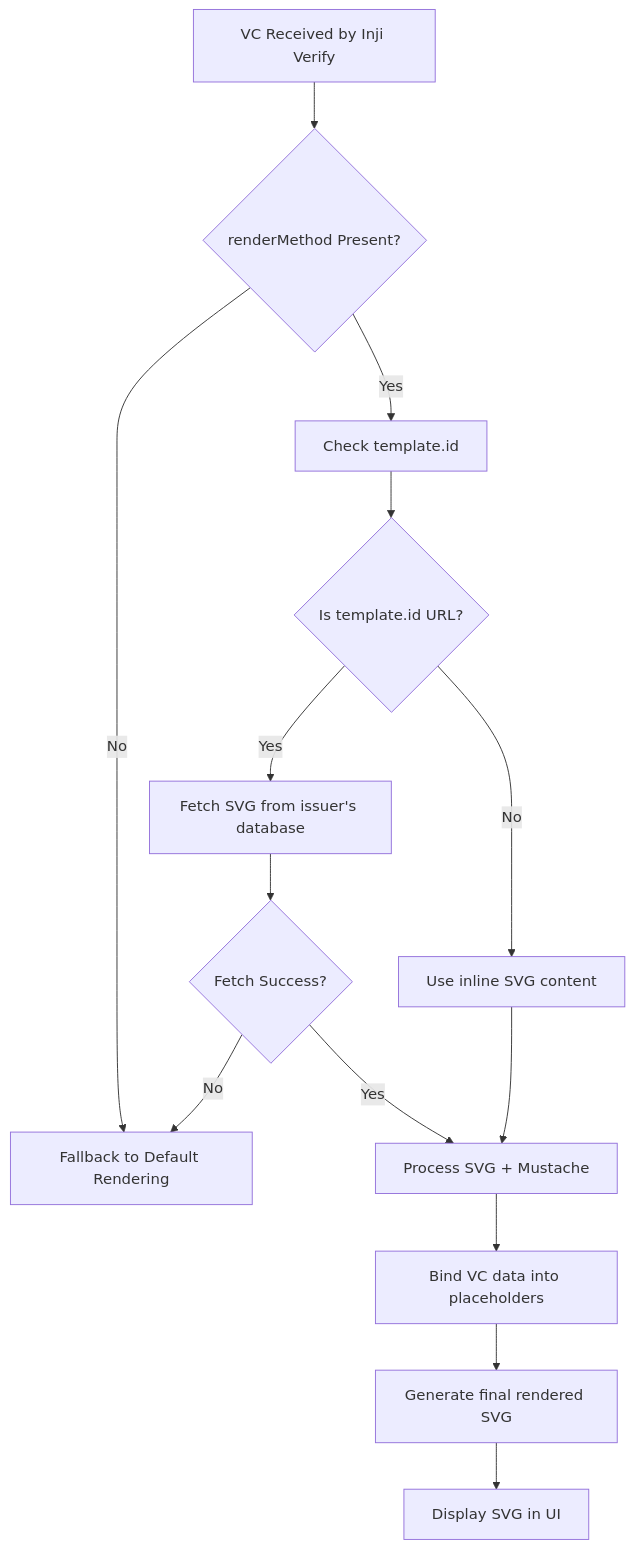
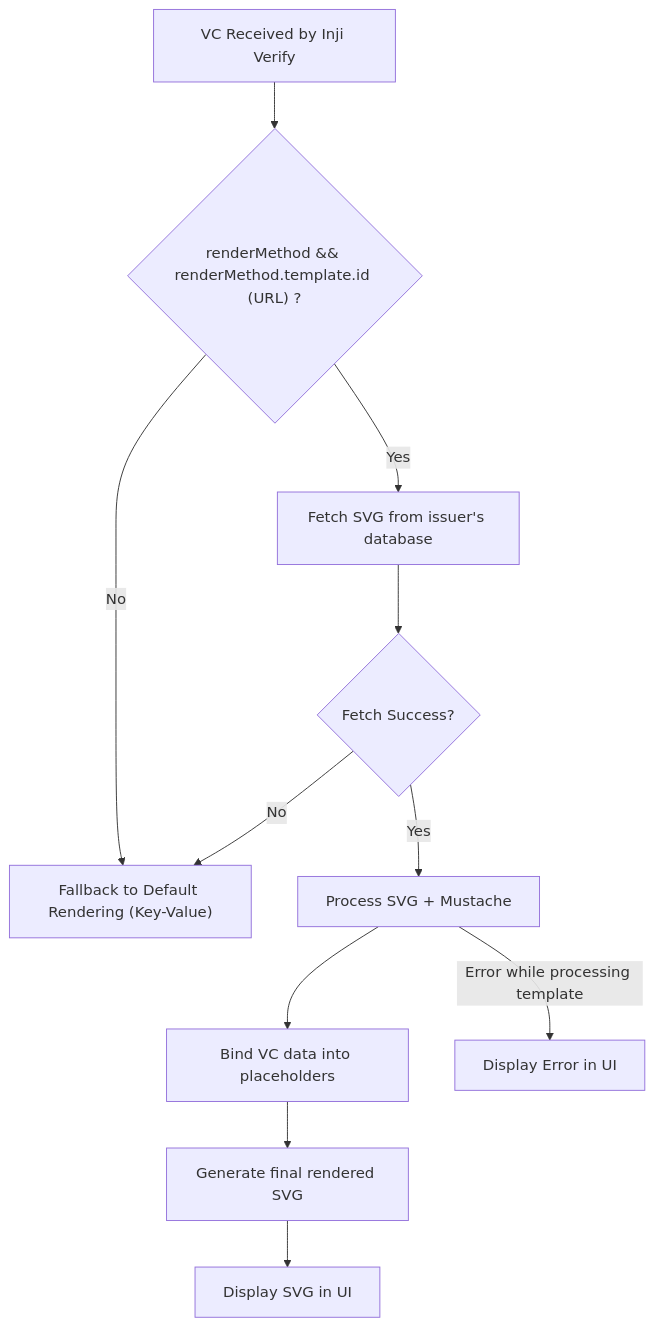
One commit to inji/inji-verify changed the diagram in docs/SVGTemplateRender.md. Above: the diagram before and after it, drawn with Mermaid.

Commit message:
[INJIVER-1489] - update diagram

````diff
--- a/docs/SVGTemplateRender.md
+++ b/docs/SVGTemplateRender.md
@@ -129,16 +129,13 @@
 ```mermaid
 flowchart TD
-    A[VC Received by Inji Verify] --> B{renderMethod Present?}
-    B -- No --> Z[Render using Default Key-Value UI]
-    B -- Yes --> C[Check template.id]
-    C --> D{Is template.id URL?}
-    D -- Yes --> E[Fetch SVG from issuer's database]
-    D -- No --> F[Use inline SVG content]
-    E --> G{Fetch Success?}
-    G -- No --> Z[Fallback to Default Rendering]
-    G -- Yes --> H[Process SVG + Mustache]
-    F --> H[Process SVG + Mustache]
-    H --> I[Bind VC data into placeholders]
-    I --> J[Generate final rendered SVG]
-    J --> K[Display SVG in UI]
+    A[VC Received by Inji Verify] --> B{"renderMethod && renderMethod.template.id (URL) ?"}
+    B -- No --> Z["Fallback to Default Rendering (Key-Value)"]
+    B -- Yes --> C[Fetch SVG from issuer's database]
+    C --> D{Fetch Success?}
+    D -- No --> Z["Fallback to Default Rendering (Key-Value)"]
+    D -- Yes --> E[Process SVG + Mustache]
+    E --> F[Bind VC data into placeholders]
+    F --> G[Generate final rendered SVG]
+    G --> H[Display SVG in UI]
+    E -- Error while processing template --> I[Display Error in UI]
 ```
````
